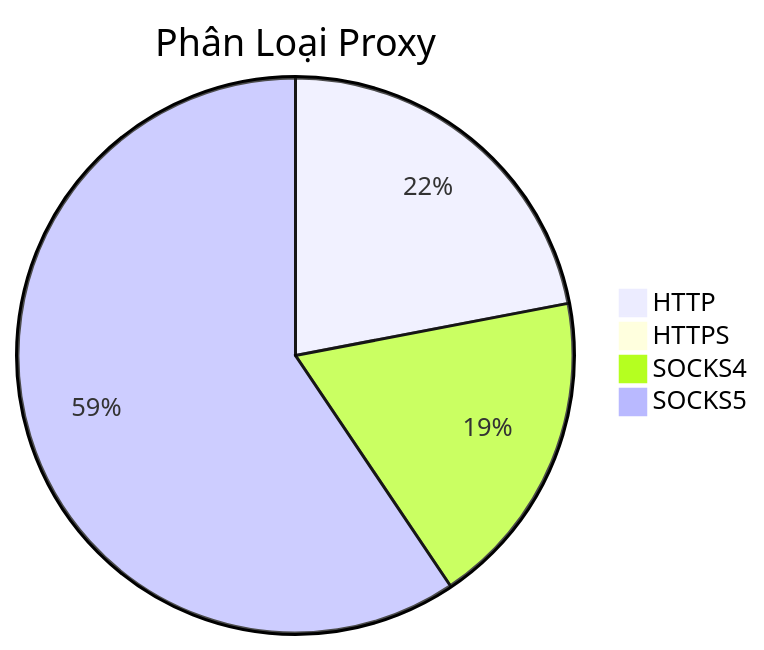
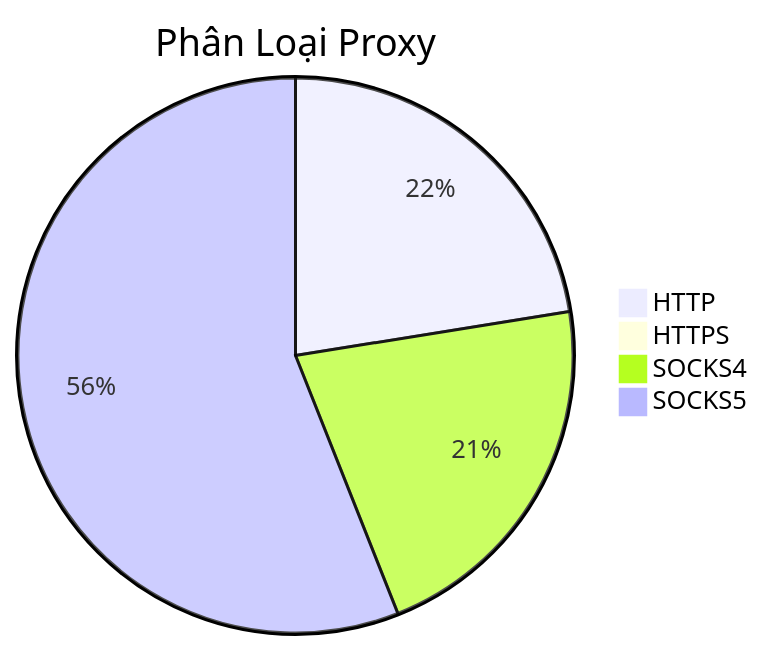
One commit to Ciara-Aa/PROXY-free changed the diagram in README.md. Above: the diagram before and after it, drawn with Mermaid. The commit also changed other lines of this file and 4 other files, not shown here.

````diff
--- a/README.md
+++ b/README.md
@@ -26,7 +26,7 @@
 ```mermaid
 pie title Phân Loại Proxy
-    "HTTP" : 342
-    "HTTPS" : 2
-    "SOCKS4" : 289
-    "SOCKS5" : 924
+    "HTTP" : 355
+    "HTTPS" : 3
+    "SOCKS4" : 340
+    "SOCKS5" : 885
 ```
````
